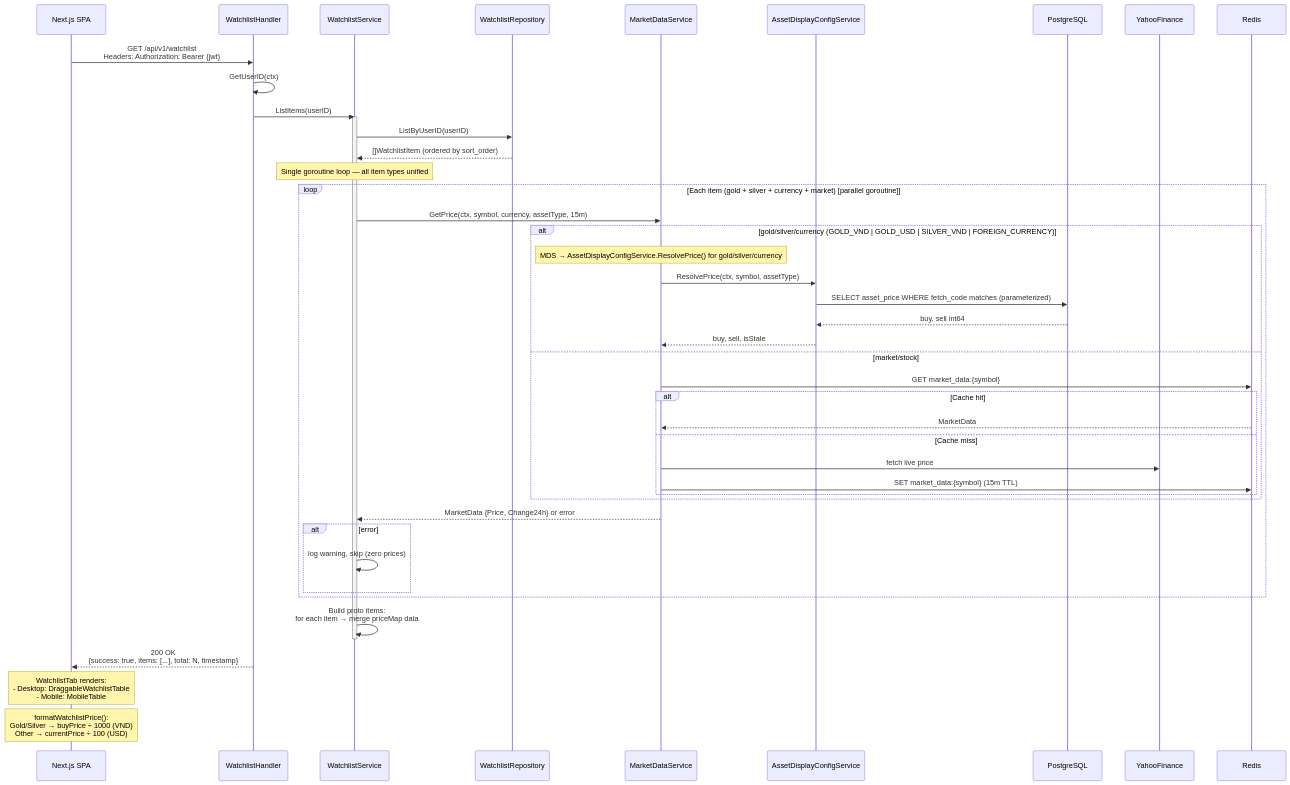
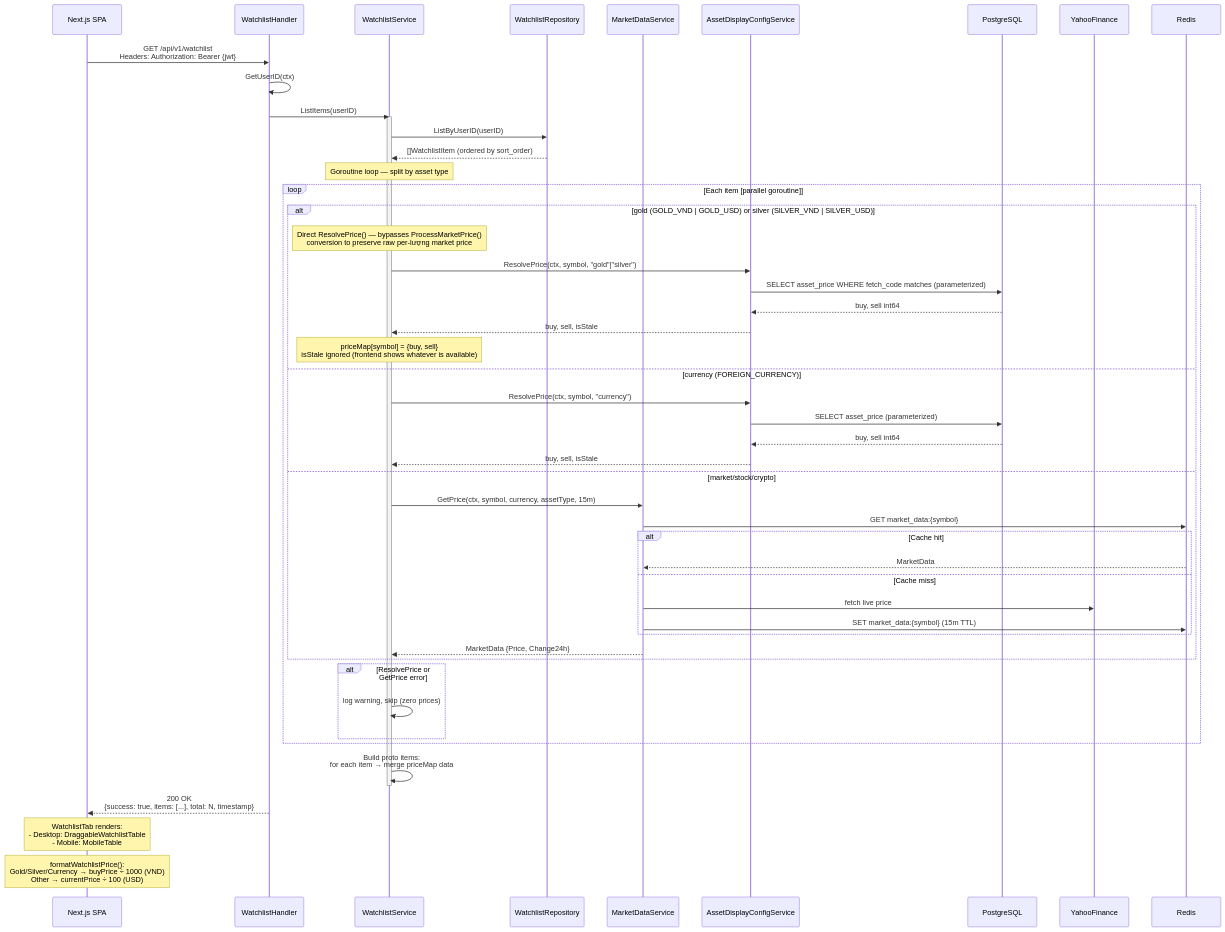
The second of 6 diagrams in docs/architecture/flow-watchlist.md (khanhnq1406/wealth-journey), drawn with Mermaid before and after one commit. The commit also changed 2 other files, not shown here.

Commit message:
docs(report): complete fix-watchlist-gold-price-unit implementation report

````diff
--- a/docs/architecture/flow-watchlist.md
+++ b/docs/architecture/flow-watchlist.md
@@ -78,51 +78,57 @@
 ```mermaid
 sequenceDiagram
     participant SPA as Next.js SPA
     participant H as WatchlistHandler
     participant WS as WatchlistService
     participant WR as WatchlistRepository
     participant MDS as MarketDataService
     participant ADCS as AssetDisplayConfigService
     participant DB as PostgreSQL
     participant YF as YahooFinance
     participant R as Redis
 
     SPA->>H: GET /api/v1/watchlist<br/>Headers: Authorization: Bearer {jwt}
     H->>H: GetUserID(ctx)
     H->>WS: ListItems(userID)
 
     activate WS
     WS->>WR: ListByUserID(userID)
     WR-->>WS: []WatchlistItem (ordered by sort_order)
 
-    Note over WS: Single goroutine loop — all item types unified
-    loop Each item (gold + silver + currency + market) [parallel goroutine]
-        WS->>MDS: GetPrice(ctx, symbol, currency, assetType, 15m)
-        alt gold/silver/currency (GOLD_VND | GOLD_USD | SILVER_VND | FOREIGN_CURRENCY)
-            Note over MDS: MDS → AssetDisplayConfigService.ResolvePrice() for gold/silver/currency
-            MDS->>ADCS: ResolvePrice(ctx, symbol, assetType)
+    Note over WS: Goroutine loop — split by asset type
+    loop Each item [parallel goroutine]
+        alt gold (GOLD_VND | GOLD_USD) or silver (SILVER_VND | SILVER_USD)
+            Note over WS: Direct ResolvePrice() — bypasses ProcessMarketPrice()<br/>conversion to preserve raw per-lượng market price
+            WS->>ADCS: ResolvePrice(ctx, symbol, "gold"|"silver")
             ADCS->>DB: SELECT asset_price WHERE fetch_code matches (parameterized)
             DB-->>ADCS: buy, sell int64
-            ADCS-->>MDS: buy, sell, isStale
-        else market/stock
+            ADCS-->>WS: buy, sell, isStale
+            Note over WS: priceMap[symbol] = {buy, sell}<br/>isStale ignored (frontend shows whatever is available)
+        else currency (FOREIGN_CURRENCY)
+            WS->>ADCS: ResolvePrice(ctx, symbol, "currency")
+            ADCS->>DB: SELECT asset_price (parameterized)
+            DB-->>ADCS: buy, sell int64
+            ADCS-->>WS: buy, sell, isStale
+        else market/stock/crypto
+            WS->>MDS: GetPrice(ctx, symbol, currency, assetType, 15m)
             MDS->>R: GET market_data:{symbol}
             alt Cache hit
                 R-->>MDS: MarketData
             else Cache miss
                 MDS->>YF: fetch live price
                 MDS->>R: SET market_data:{symbol} (15m TTL)
             end
+            MDS-->>WS: MarketData {Price, Change24h}
         end
-        MDS-->>WS: MarketData {Price, Change24h} or error
-        alt error
+        alt ResolvePrice or GetPrice error
             WS->>WS: log warning, skip (zero prices)
         end
     end
 
     WS->>WS: Build proto items:<br/>for each item → merge priceMap data
     deactivate WS
 
     H-->>SPA: 200 OK<br/>{success: true, items: [...], total: N, timestamp}
     Note over SPA: WatchlistTab renders:<br/>- Desktop: DraggableWatchlistTable<br/>- Mobile: MobileTable
-    Note over SPA: formatWatchlistPrice():<br/>Gold/Silver → buyPrice ÷ 1000 (VND)<br/>Other → currentPrice ÷ 100 (USD)
+    Note over SPA: formatWatchlistPrice():<br/>Gold/Silver/Currency → buyPrice ÷ 1000 (VND)<br/>Other → currentPrice ÷ 100 (USD)
 ```
````
